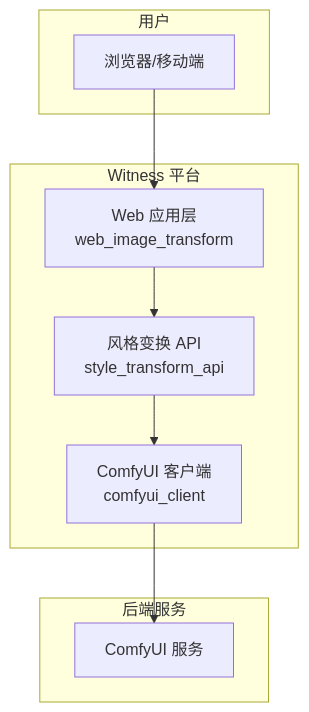
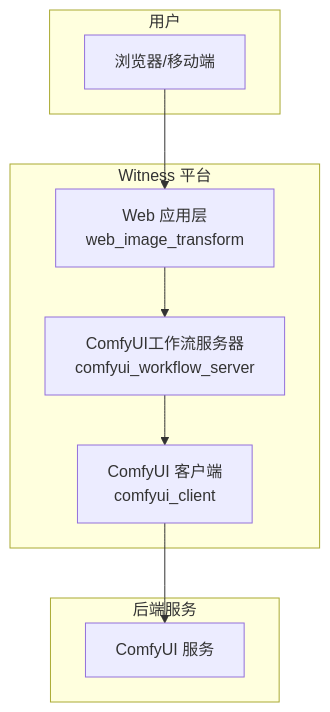
The diagram in witness/README.md (nhgoodboy/ComfyUI), drawn with Mermaid before and after one commit. The commit also changed other lines of this file and 484 other files, not shown here.

First line of the commit message:
重构: 重命名 style_transform_api 为 comfyui_workflow_server

````diff
--- a/witness/README.md
+++ b/witness/README.md
@@ -25,18 +26,18 @@
 ```mermaid
 graph TD
     subgraph "用户"
         A[浏览器/移动端]
     end
 
     subgraph "Witness 平台"
-        B[Web 应用层<br/>web_image_transform] --> C[风格变换 API<br/>style_transform_api]
+        B[Web 应用层<br/>web_image_transform] --> C[ComfyUI工作流服务器<br/>comfyui_workflow_server]
         C --> D[ComfyUI 客户端<br/>comfyui_client]
     end
 
     subgraph "后端服务"
         E[ComfyUI 服务]
     end
 
     A --> B
     D --> E
 ```
````
